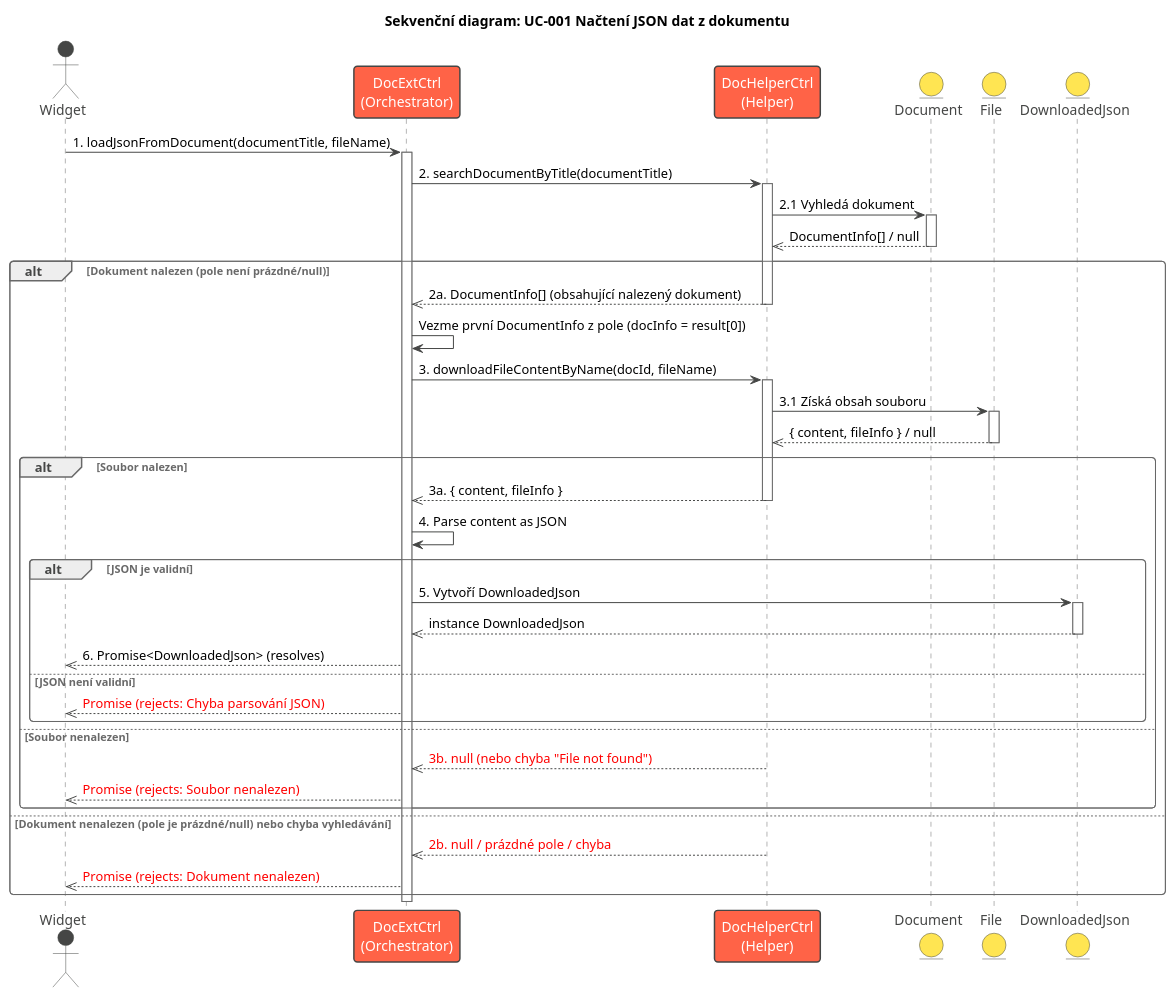
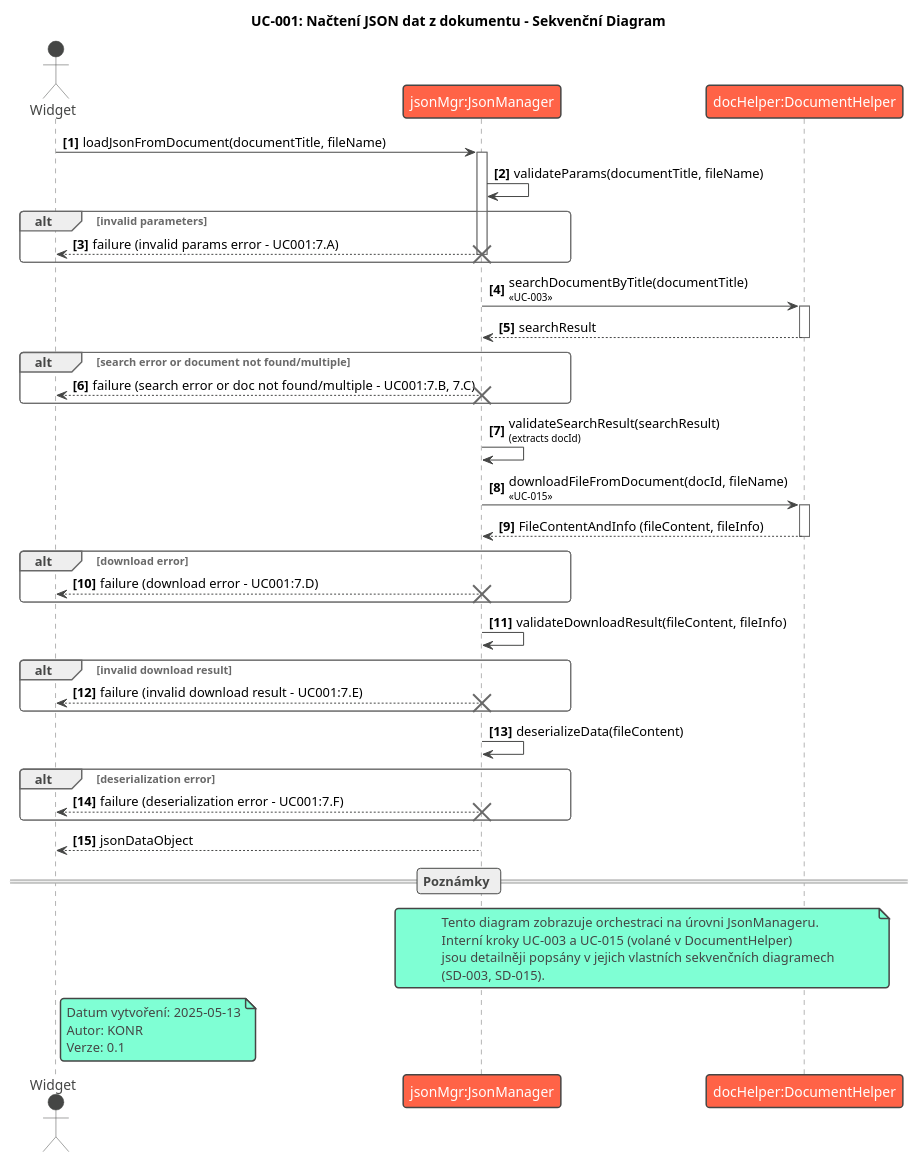
One commit to rkonvicny/DYTUtils changed the diagram in Docs/05-sequence/SD-001_Load_JSON_Data.plantuml. Above: the diagram before and after it, drawn with PlantUML. The commit also changed 59 other files, not shown here.

```diff
--- a/Docs/05-sequence/SD-001_Load_JSON_Data.plantuml
+++ b/Docs/05-sequence/SD-001_Load_JSON_Data.plantuml
@@ -1,68 +1,72 @@
 @startuml SD-001_Load_JSON_Data
 !theme vibrant
-title Sekvenční diagram: UC-001 Načtení JSON dat z dokumentu
+title UC-001: Načtení JSON dat z dokumentu - Sekvenční Diagram
 
-actor Widget
-participant "DocExtCtrl\n(Orchestrator)" as DocExtCtrl
-participant "DocHelperCtrl\n(Helper)" as DocHelperCtrl
-entity Document
-entity File
-entity DownloadedJson
+actor "Widget" as Widget
+participant "jsonMgr:JsonManager" as JsonManager
+participant "docHelper:DocumentHelper" as DocumentHelper
 
-Widget -> DocExtCtrl : 1. loadJsonFromDocument(documentTitle, fileName)
-activate DocExtCtrl
+autonumber "<b>[0]"
 
-DocExtCtrl -> DocHelperCtrl : 2. searchDocumentByTitle(documentTitle)
-activate DocHelperCtrl
+Widget -> JsonManager : loadJsonFromDocument(documentTitle, fileName)
+activate JsonManager
 
-DocHelperCtrl -> Document : 2.1 Vyhledá dokument
-activate Document
-Document -->> DocHelperCtrl : DocumentInfo[] / null
-deactivate Document
-
-alt Dokument nalezen (pole není prázdné/null)
-    DocHelperCtrl -->> DocExtCtrl : 2a. DocumentInfo[] (obsahující nalezený dokument)
-    deactivate DocHelperCtrl
-
-    DocExtCtrl -> DocExtCtrl : Vezme první DocumentInfo z pole (docInfo = result[0])
-    ' Zde by se získalo docId z docInfo
-
-    DocExtCtrl -> DocHelperCtrl : 3. downloadFileContentByName(docId, fileName)
-    activate DocHelperCtrl
-
-    DocHelperCtrl -> File : 3.1 Získá obsah souboru
-    activate File
-    File -->> DocHelperCtrl : { content, fileInfo } / null
-    deactivate File
-
-    alt Soubor nalezen
-        DocHelperCtrl -->> DocExtCtrl : 3a. { content, fileInfo }
-        deactivate DocHelperCtrl
-
-        DocExtCtrl -> DocExtCtrl : 4. Parse content as JSON
-        alt JSON je validní
-            DocExtCtrl -> DownloadedJson : 5. Vytvoří DownloadedJson
-            activate DownloadedJson
-            DownloadedJson -->> DocExtCtrl : instance DownloadedJson
-            deactivate DownloadedJson
-
-            DocExtCtrl -->> Widget : 6. Promise<DownloadedJson> (resolves)
-        else JSON není validní
-            DocExtCtrl -->> Widget : <color:red>Promise (rejects: Chyba parsování JSON)</color>
-        end
-
-    else Soubor nenalezen
-        DocHelperCtrl -->> DocExtCtrl : <color:red>3b. null (nebo chyba "File not found")</color>
-        deactivate DocHelperCtrl
-        DocExtCtrl -->> Widget : <color:red>Promise (rejects: Soubor nenalezen)</color>
-    end
-
-else Dokument nenalezen (pole je prázdné/null) nebo chyba vyhledávání
-    DocHelperCtrl -->> DocExtCtrl : <color:red>2b. null / prázdné pole / chyba</color>
-    deactivate DocHelperCtrl
-    DocExtCtrl -->> Widget : <color:red>Promise (rejects: Dokument nenalezen)</color>
+JsonManager -> JsonManager : validateParams(documentTitle, fileName)
+alt invalid parameters
+    JsonManager --> Widget : failure (invalid params error - UC001:7.A)
+    destroy JsonManager
 end
 
-deactivate DocExtCtrl
+JsonManager -> DocumentHelper : searchDocumentByTitle(documentTitle)\n<size:10><< UC-003 >></size>
+activate DocumentHelper
+DocumentHelper --> JsonManager : searchResult
+deactivate DocumentHelper
+
+alt search error or document not found/multiple
+    JsonManager --> Widget : failure (search error or doc not found/multiple - UC001:7.B, 7.C)
+    destroy JsonManager
+end
+
+JsonManager -> JsonManager : validateSearchResult(searchResult)\n<size:10>(extracts docId)</size>
+' Assume validation passes for main flow
+
+JsonManager -> DocumentHelper : downloadFileFromDocument(docId, fileName)\n<size:10><< UC-015 >></size>
+activate DocumentHelper
+DocumentHelper --> JsonManager : FileContentAndInfo (fileContent, fileInfo)
+deactivate DocumentHelper
+
+alt download error
+    JsonManager --> Widget : failure (download error - UC001:7.D)
+    destroy JsonManager
+end
+
+JsonManager -> JsonManager : validateDownloadResult(fileContent, fileInfo)
+alt invalid download result
+    JsonManager --> Widget : failure (invalid download result - UC001:7.E)
+    destroy JsonManager
+end
+
+JsonManager -> JsonManager : deserializeData(fileContent)
+alt deserialization error
+    JsonManager --> Widget : failure (deserialization error - UC001:7.F)
+    destroy JsonManager
+end
+
+JsonManager --> Widget : jsonDataObject
+deactivate JsonManager
+
+== Poznámky ==
+note over JsonManager, DocumentHelper
+  Tento diagram zobrazuje orchestraci na úrovni JsonManageru.
+  Interní kroky UC-003 a UC-015 (volané v DocumentHelper)
+  jsou detailněji popsány v jejich vlastních sekvenčních diagramech
+  (SD-003, SD-015).
+end note
+
+note right of Widget
+  Datum vytvoření: 2025-05-13
+  Autor: KONR
+  Verze: 0.1
+end note
 
 @enduml
```
